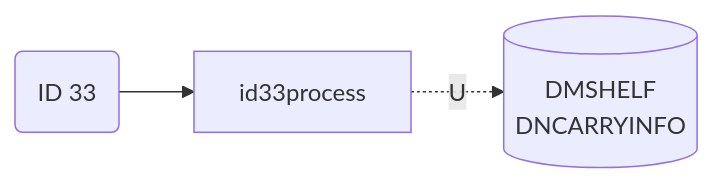
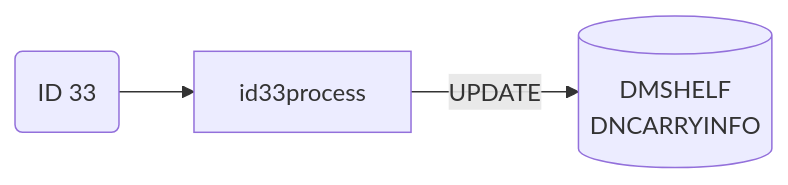
One commit to luthfiadityaa/SimeDarby-Wiki changed the sixth of 9 diagrams in Basic-Design/DFD-WMS/Retrieval/Unplanned-Retrieval-from-HP-Area.md. Above: the diagram before and after it, drawn with Mermaid.

Commit message:
Updated Unplanned Retrieval from HP Area

```diff
--- a/Basic-Design/DFD-WMS/Retrieval/Unplanned-Retrieval-from-HP-Area.md
+++ b/Basic-Design/DFD-WMS/Retrieval/Unplanned-Retrieval-from-HP-Area.md
@@ -262,15 +262,15 @@
 ::: mermaid
 flowchart LR
 
 id33("
 ID 33
 ")
 
 id33-update[("
 DMSHELF
 DNCARRYINFO
 ")]
 
 id33-->id33process
-id33process-.U.->id33-update
+id33process--> |UPDATE| id33-update
 :::
```
